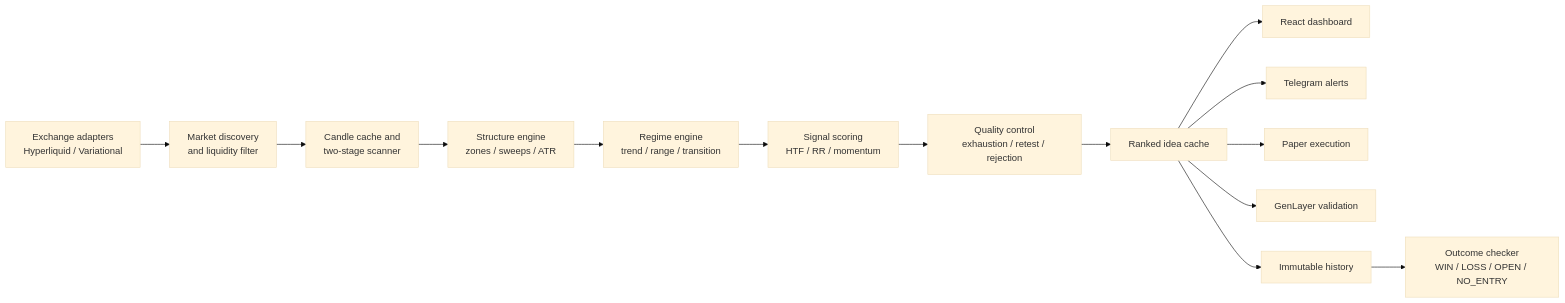
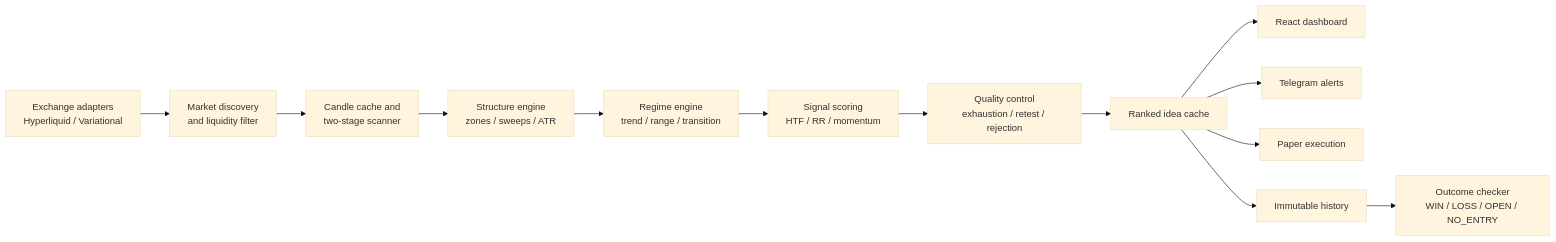
The diagram in README.md (OffsetOWS/swiftchart), drawn with Mermaid (base theme) before and after one commit. The commit also changed other lines of this file and 49 other files, not shown here.

````diff
--- a/README.md
+++ b/README.md
@@ -119,16 +118,15 @@
 ```mermaid
 flowchart LR
     A["Exchange adapters<br/>Hyperliquid / Variational"] --> B["Market discovery<br/>and liquidity filter"]
     B --> C["Candle cache and<br/>two-stage scanner"]
     C --> D["Structure engine<br/>zones / sweeps / ATR"]
     D --> E["Regime engine<br/>trend / range / transition"]
     E --> F["Signal scoring<br/>HTF / RR / momentum"]
     F --> G["Quality control<br/>exhaustion / retest / rejection"]
     G --> H["Ranked idea cache"]
     H --> I["React dashboard"]
     H --> J["Telegram alerts"]
     H --> K["Paper execution"]
-    H --> L["GenLayer validation"]
     H --> M["Immutable history"]
     M --> N["Outcome checker<br/>WIN / LOSS / OPEN / NO_ENTRY"]
 ```
````
